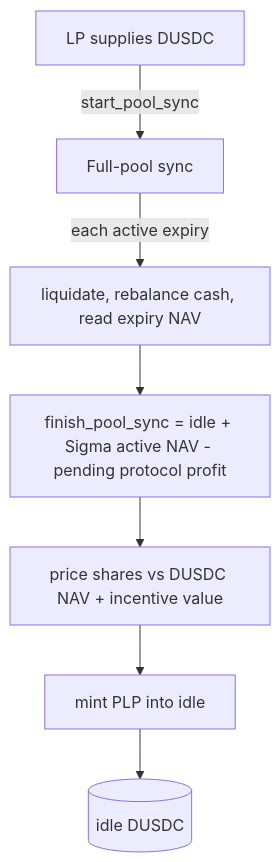
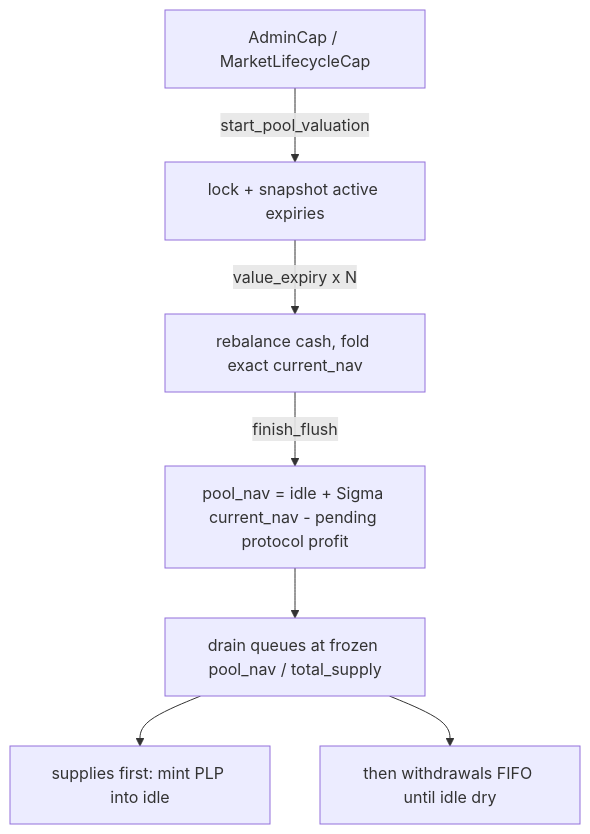
One commit to MystenLabs/deepbookv3 changed the diagram in packages/predict/docs/concepts/liquidity-and-nav.md. Above: the diagram before and after it, drawn with Mermaid. The commit also changed other lines of this file and 16 other files, not shown here.

````diff
--- a/packages/predict/docs/concepts/liquidity-and-nav.md
+++ b/packages/predict/docs/concepts/liquidity-and-nav.md
@@ -41,9 +72,9 @@
 ```mermaid
 flowchart TD
-  LP[LP supplies DUSDC] -->|start_pool_sync| SYNC[Full-pool sync]
-  SYNC -->|each active expiry| EXP[liquidate, rebalance cash, read expiry NAV]
-  EXP --> FIN[finish_pool_sync = idle + Sigma active NAV - pending protocol profit]
-  FIN --> PRICE[price shares vs DUSDC NAV + incentive value]
-  PRICE --> MINT[mint PLP into idle]
-  MINT --> IDLE[(idle DUSDC)]
+  CAP[AdminCap / MarketLifecycleCap] -->|start_pool_valuation| LOCK[lock + snapshot active expiries]
+  LOCK -->|value_expiry x N| EXP[rebalance cash, fold exact current_nav]
+  EXP -->|finish_flush| NAV[pool_nav = idle + Sigma current_nav - pending protocol profit]
+  NAV --> DRAIN[drain queues at frozen pool_nav / total_supply]
+  DRAIN --> SUP[supplies first: mint PLP into idle]
+  DRAIN --> WD[then withdrawals FIFO until idle dry]
 ```
````
